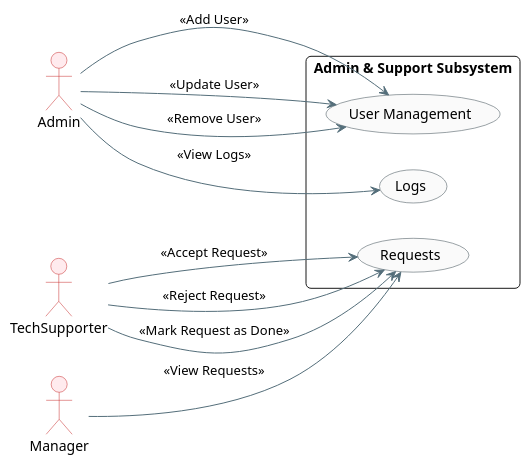
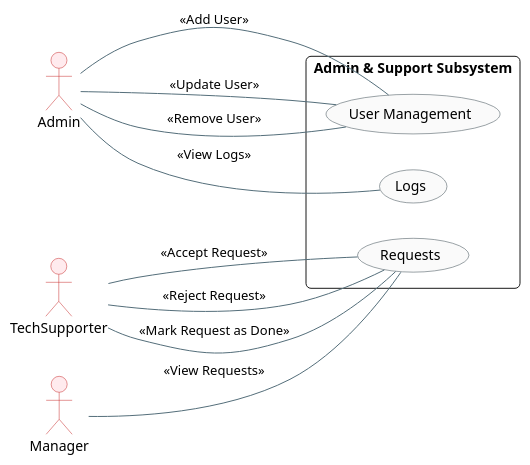
Before and after one commit to ofeerist/uni-crm-oop: the diagram in PartA/useCaseDiagrams/system.puml, drawn with PlantUML. The commit also changed 4 other files, not shown here.

```diff
--- a/PartA/useCaseDiagrams/system.puml
+++ b/PartA/useCaseDiagrams/system.puml
@@ -1,40 +1,40 @@
 @startuml
 skinparam theme plain
 skinparam packageStyle rectangle
 skinparam roundcorner 10
 skinparam shadowing false
 skinparam defaultFontName "Segoe UI"
 
 skinparam actor {
     BackgroundColor #FFEBEE
     BorderColor #C62828
 }
 skinparam usecase {
     BackgroundColor #FAFAFA
     BorderColor #37474F
     ArrowColor #546E7A
 }
 
 left to right direction
 
 actor "Admin" as A
 actor "TechSupporter" as TS
 actor "Manager" as M
 
 rectangle "Admin & Support Subsystem" {
     usecase "User Management" as UserMgmt
     usecase "Logs" as Logs
     usecase "Requests" as Requests
 
-    A --> UserMgmt : <<Add User>>
-    A --> UserMgmt : <<Update User>>
-    A --> UserMgmt : <<Remove User>>
-    A --> Logs : <<View Logs>>
+    A -- UserMgmt : <<Add User>>
+    A -- UserMgmt : <<Update User>>
+    A -- UserMgmt : <<Remove User>>
+    A -- Logs : <<View Logs>>
 
-    TS --> Requests : <<Accept Request>>
-    TS --> Requests : <<Reject Request>>
-    TS --> Requests : <<Mark Request as Done>>
+    TS -- Requests : <<Accept Request>>
+    TS -- Requests : <<Reject Request>>
+    TS -- Requests : <<Mark Request as Done>>
     
-    M --> Requests : <<View Requests>>
+    M -- Requests : <<View Requests>>
 }
 @enduml
```
